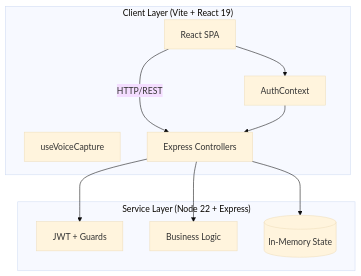
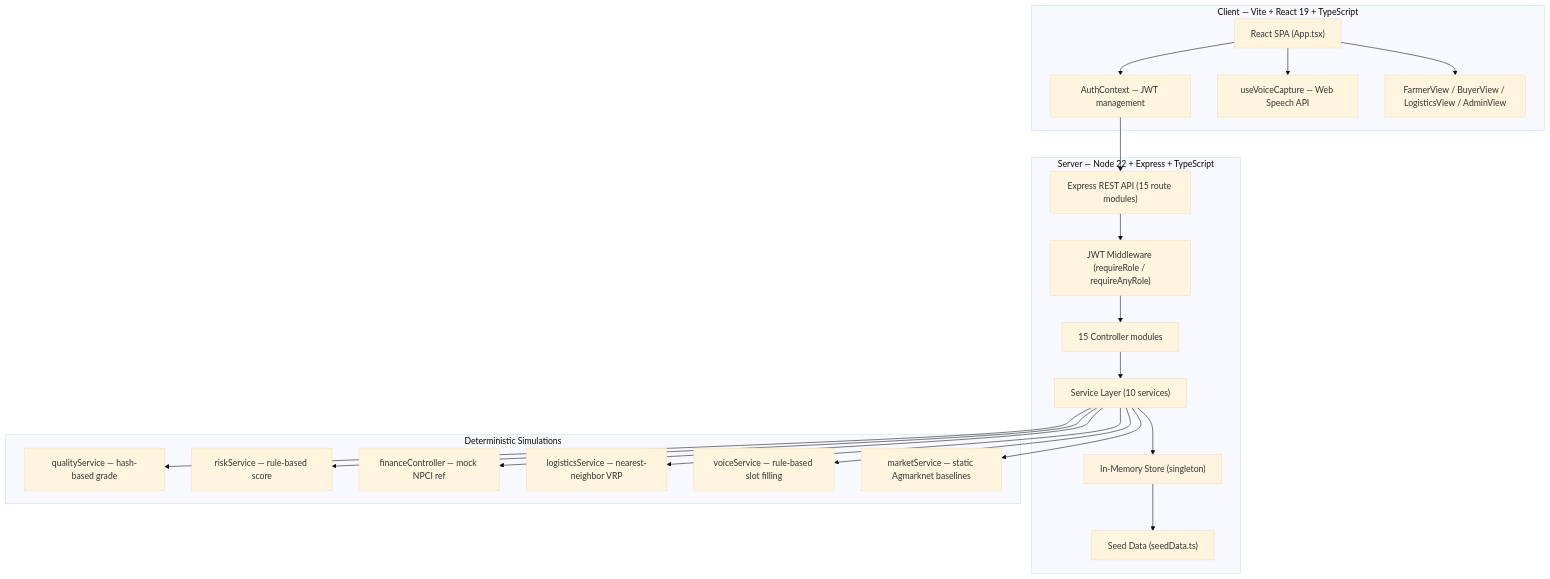
Before and after one commit to cressica18/SIH2026_MVP: the second of 4 diagrams in README.md, drawn with Mermaid (base theme). The commit also changed other lines of this file, not shown here.

````diff
--- a/README.md
+++ b/README.md
@@ -95,22 +202,43 @@
 ```mermaid
 graph TB
-    subgraph "Client Layer (Vite + React 19)"
-        UI[React SPA]
-        Auth[AuthContext]
-        Voice["useVoiceCapture"]
-        UI -- HTTP/REST --> API
+    subgraph "Client — Vite + React 19 + TypeScript"
+        UI["React SPA (App.tsx)"]
+        Auth["AuthContext — JWT management"]
+        Voice["useVoiceCapture — Web Speech API"]
+        Roles["FarmerView / BuyerView / LogisticsView / AdminView"]
+        UI --> Auth
+        UI --> Voice
+        UI --> Roles
     end
 
-    subgraph "Service Layer (Node 22 + Express)"
-        API[Express Controllers]
-        AuthM[JWT + Guards]
-        Services[Business Logic]
-        Store[("In-Memory State")]
+    subgraph "Server — Node 22 + Express + TypeScript"
+        API["Express REST API (15 route modules)"]
+        AuthMiddleware["JWT Middleware (requireRole / requireAnyRole)"]
+        Controllers["15 Controller modules"]
+        Services["Service Layer (10 services)"]
+        Store["In-Memory Store (singleton)"]
+        SeedData["Seed Data (seedData.ts)"]
     end
 
-    UI --> Auth
+    subgraph "Deterministic Simulations"
+        QualitySim["qualityService — hash-based grade"]
+        RiskSim["riskService — rule-based score"]
+        AEPSSim["financeController — mock NPCI ref"]
+        RouteSim["logisticsService — nearest-neighbor VRP"]
+        VoiceSim["voiceService — rule-based slot filling"]
+        MarketSim["marketService — static Agmarknet baselines"]
+    end
+
     Auth --> API
-    API --> AuthM
-    API --> Store
-    API --> Services
+    API --> AuthMiddleware
+    AuthMiddleware --> Controllers
+    Controllers --> Services
+    Services --> Store
+    Store --> SeedData
+    Services --> QualitySim
+    Services --> RiskSim
+    Services --> AEPSSim
+    Services --> RouteSim
+    Services --> VoiceSim
+    Services --> MarketSim
 ```
````
